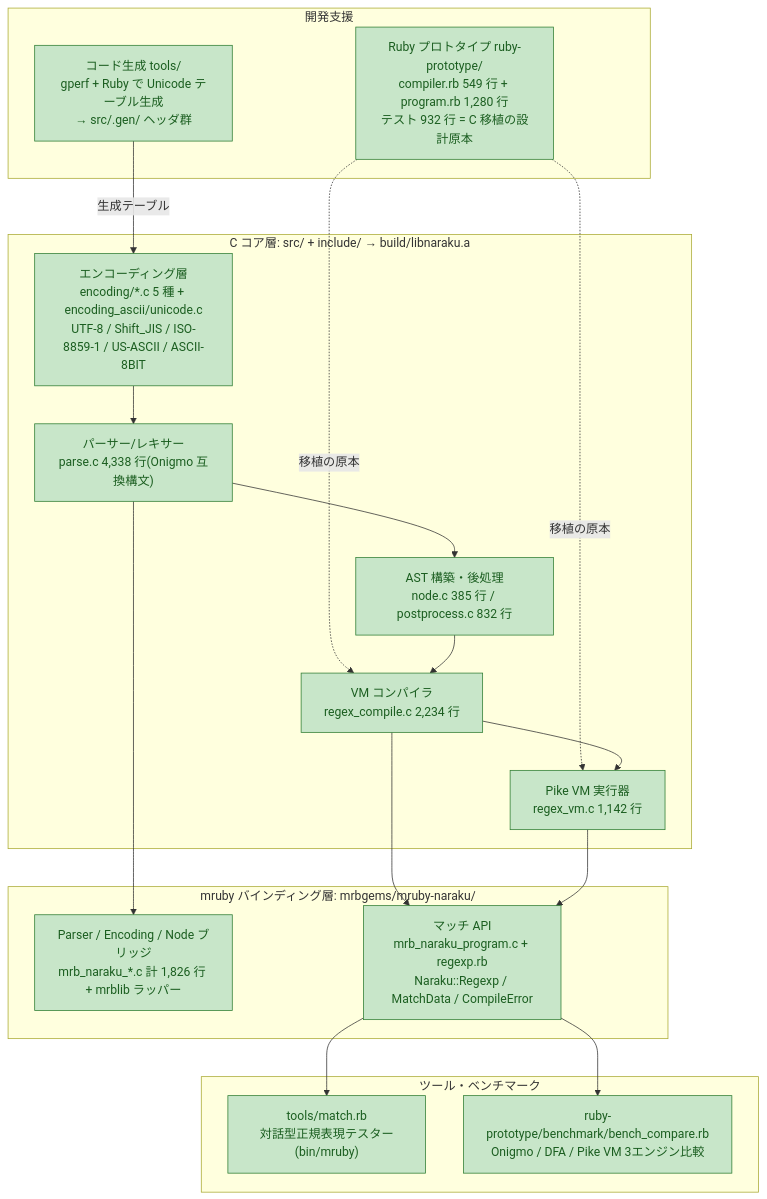
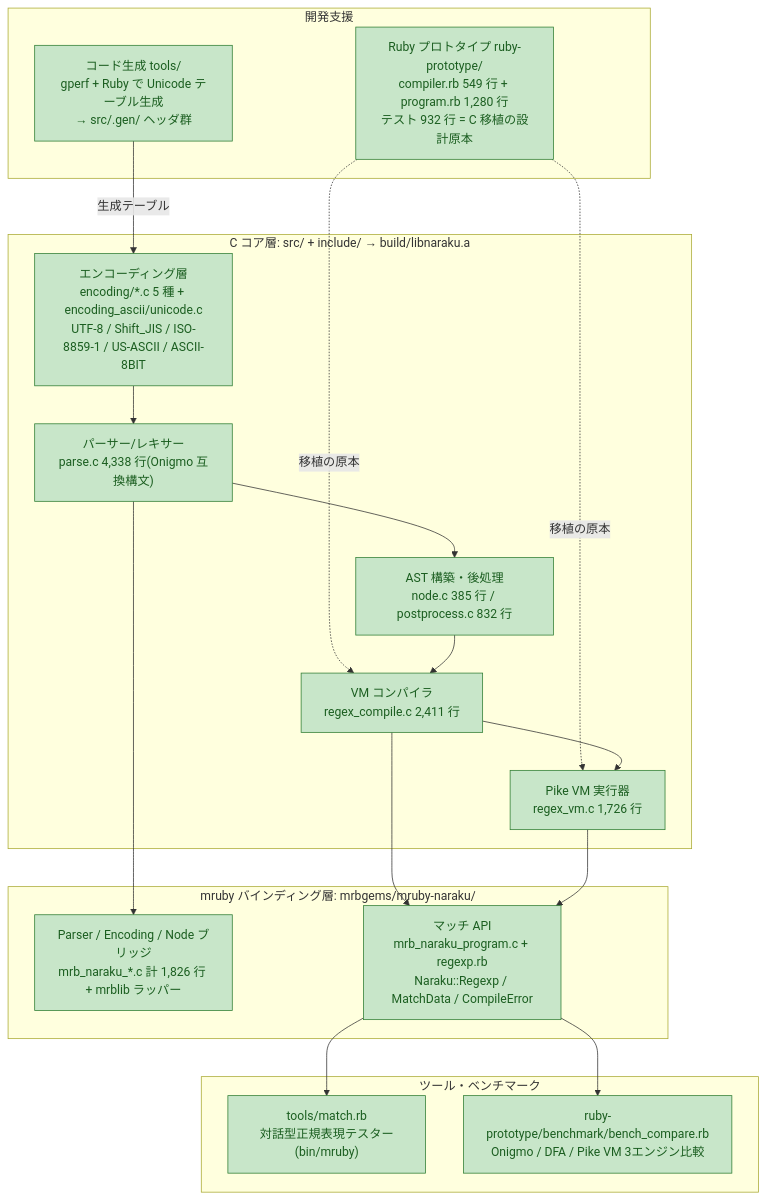
Before and after one commit to aim2bpg/naraku: the fourth of 11 diagrams in docs/design/regex-vm.md, drawn with Mermaid. The commit also changed other lines of this file and 4 other files, not shown here.

````diff
--- a/docs/design/regex-vm.md
+++ b/docs/design/regex-vm.md
@@ -117,41 +117,41 @@
 ```mermaid
 flowchart TD
     subgraph support["開発支援"]
         tools["コード生成 tools/<br/>gperf + Ruby で Unicode テーブル生成<br/>→ src/.gen/ ヘッダ群"]
         proto["Ruby プロトタイプ ruby-prototype/<br/>compiler.rb 549 行 + program.rb 1,280 行<br/>テスト 932 行 = C 移植の設計原本"]
     end
 
     subgraph core["C コア層: src/ + include/ → build/libnaraku.a"]
         enc["エンコーディング層<br/>encoding/*.c 5 種 + encoding_ascii/unicode.c<br/>UTF-8 / Shift_JIS / ISO-8859-1 / US-ASCII / ASCII-8BIT"]
         parser["パーサー/レキサー<br/>parse.c 4,338 行(Onigmo 互換構文)"]
         ast["AST 構築・後処理<br/>node.c 385 行 / postprocess.c 832 行"]
-        comp["VM コンパイラ<br/>regex_compile.c 2,234 行"]
-        vm["Pike VM 実行器<br/>regex_vm.c 1,142 行"]
+        comp["VM コンパイラ<br/>regex_compile.c 2,411 行"]
+        vm["Pike VM 実行器<br/>regex_vm.c 1,726 行"]
     end
 
     subgraph mrb["mruby バインディング層: mrbgems/mruby-naraku/"]
         bridgeDone["Parser / Encoding / Node ブリッジ<br/>mrb_naraku_*.c 計 1,826 行 + mrblib ラッパー"]
         bridgeMatch["マッチ API<br/>mrb_naraku_program.c + regexp.rb<br/>Naraku::Regexp / MatchData / CompileError"]
     end
 
     subgraph tooling["ツール・ベンチマーク"]
         repl["tools/match.rb<br/>対話型正規表現テスター(bin/mruby)"]
         bench["ruby-prototype/benchmark/bench_compare.rb<br/>Onigmo / DFA / Pike VM 3エンジン比較"]
     end
 
     tools -->|生成テーブル| enc
     proto -.->|移植の原本| comp
     proto -.->|移植の原本| vm
     enc --> parser
     parser --> ast
     ast --> comp
     comp --> vm
     parser --> bridgeDone
     comp --> bridgeMatch
     vm --> bridgeMatch
     bridgeMatch --> repl
     bridgeMatch --> bench
 
     classDef done fill:#c8e6c9,stroke:#2e7d32,color:#1b5e20
     class enc,parser,ast,tools,proto,bridgeDone,comp,vm,bridgeMatch,repl,bench done
 ```
````
